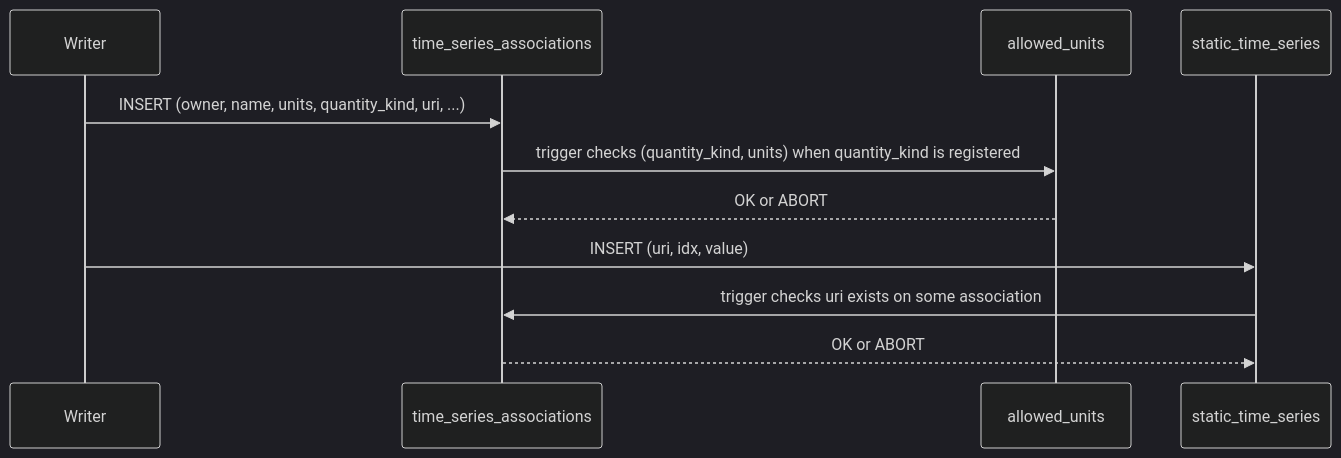
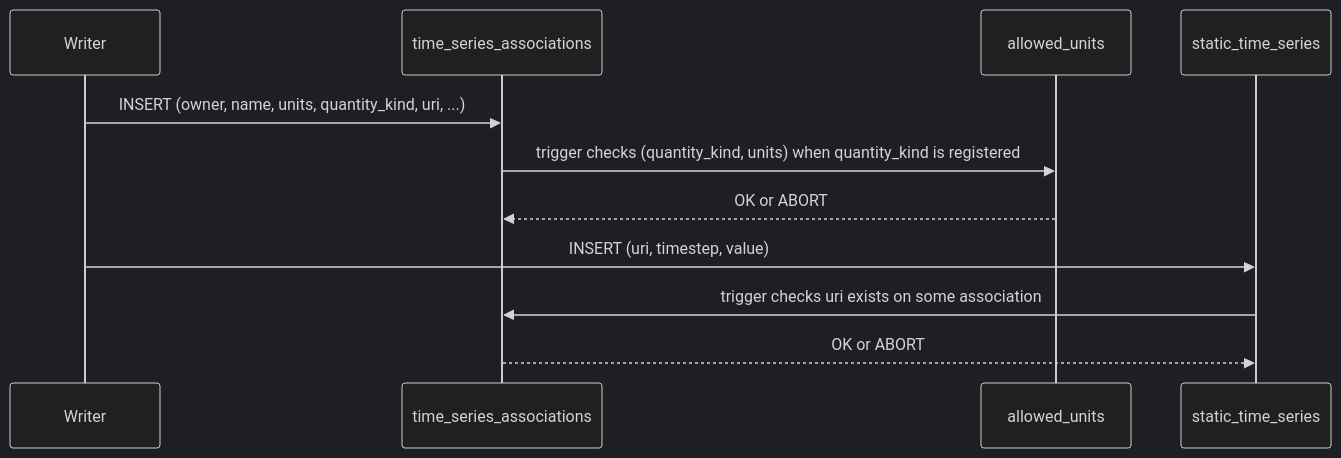
One commit to Sienna-Platform/SiennaGridDB changed the fourth of 4 diagrams in docs/units-architecture.md. Above: the diagram before and after it, drawn with Mermaid (dark theme). The commit also changed other lines of this file and 3 other files, not shown here.

````diff
--- a/docs/units-architecture.md
+++ b/docs/units-architecture.md
@@ -148,14 +148,14 @@
 ```mermaid
 sequenceDiagram
     participant App as Writer
     participant Assoc as time_series_associations
     participant Reg as allowed_units
     participant Data as static_time_series
 
     App->>Assoc: INSERT (owner, name, units, quantity_kind, uri, ...)
     Assoc->>Reg: trigger checks (quantity_kind, units) when quantity_kind is registered
     Reg-->>Assoc: OK or ABORT
-    App->>Data: INSERT (uri, idx, value)
+    App->>Data: INSERT (uri, timestep, value)
     Data->>Assoc: trigger checks uri exists on some association
     Assoc-->>Data: OK or ABORT
 ```
````
